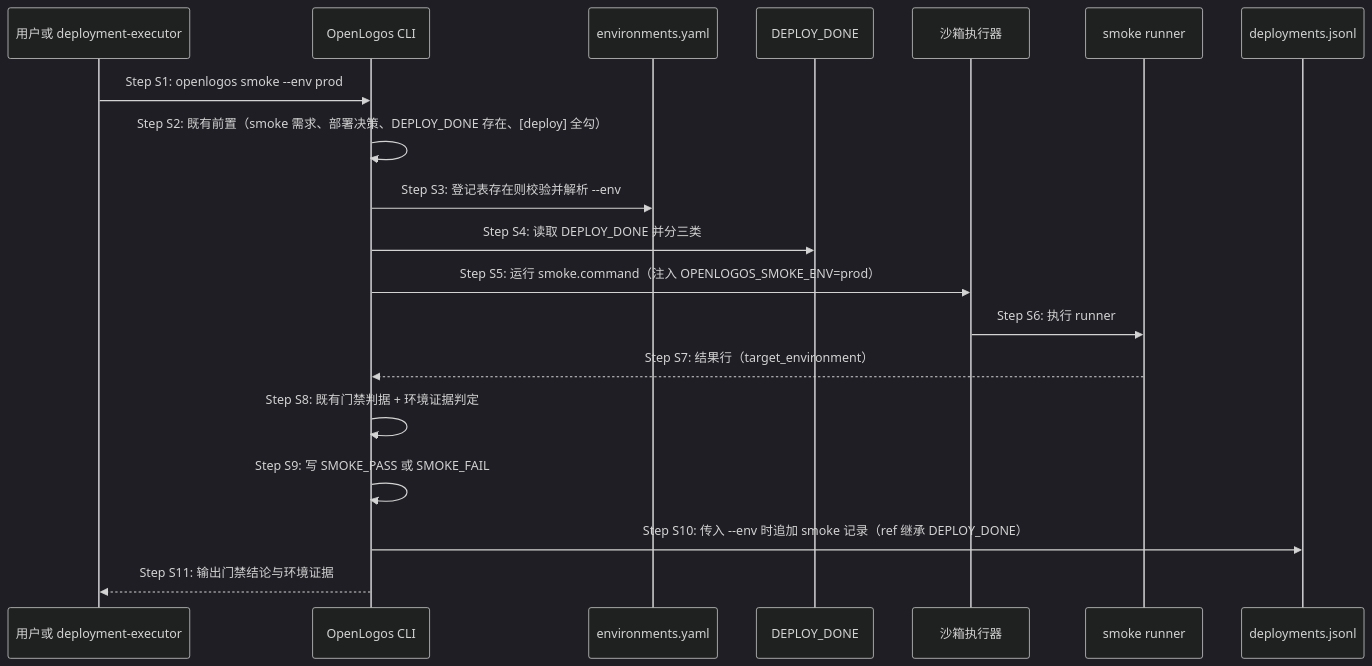
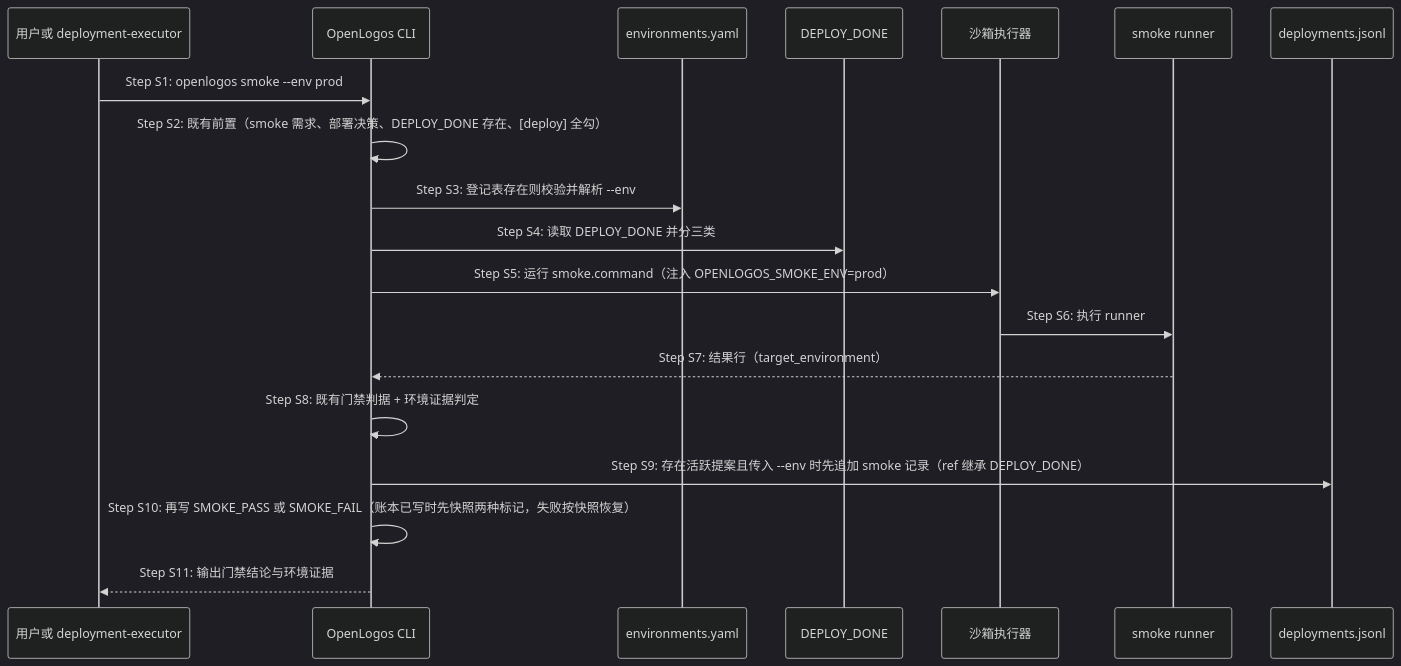
Diagram 15 of 15 in logos/resources/prd/3-technical-plan/2-scenario-implementation/core-S19-smoke-gate.md (miniidealab/openlogos), drawn with Mermaid (dark theme) before and after one commit. The commit also changed other lines of this file and 32 other files, not shown here.

````diff
--- a/logos/resources/prd/3-technical-plan/2-scenario-implementation/core-S19-smoke-gate.md
+++ b/logos/resources/prd/3-technical-plan/2-scenario-implementation/core-S19-smoke-gate.md
@@ -1052,22 +1054,22 @@
 ```mermaid
 sequenceDiagram
     participant U as 用户或 deployment-executor
     participant C as OpenLogos CLI
     participant F as environments.yaml
     participant M as DEPLOY_DONE
     participant S as 沙箱执行器
     participant R as smoke runner
     participant L as deployments.jsonl
 
     U->>C: Step S1: openlogos smoke --env prod
     C->>C: Step S2: 既有前置（smoke 需求、部署决策、DEPLOY_DONE 存在、[deploy] 全勾）
     C->>F: Step S3: 登记表存在则校验并解析 --env
     C->>M: Step S4: 读取 DEPLOY_DONE 并分三类
     C->>S: Step S5: 运行 smoke.command（注入 OPENLOGOS_SMOKE_ENV=prod）
     S->>R: Step S6: 执行 runner
     R-->>C: Step S7: 结果行（target_environment）
     C->>C: Step S8: 既有门禁判据 + 环境证据判定
-    C->>C: Step S9: 写 SMOKE_PASS 或 SMOKE_FAIL
-    C->>L: Step S10: 传入 --env 时追加 smoke 记录（ref 继承 DEPLOY_DONE）
+    C->>L: Step S9: 存在活跃提案且传入 --env 时先追加 smoke 记录（ref 继承 DEPLOY_DONE）
+    C->>C: Step S10: 再写 SMOKE_PASS 或 SMOKE_FAIL（账本已写时先快照两种标记，失败按快照恢复）
     C-->>U: Step S11: 输出门禁结论与环境证据
 ```
````
